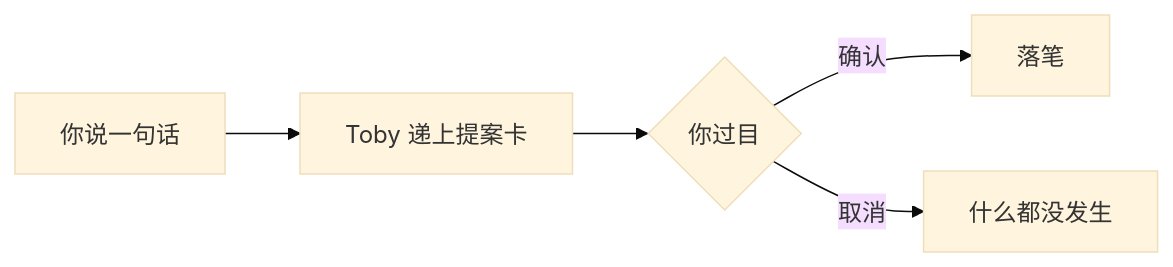
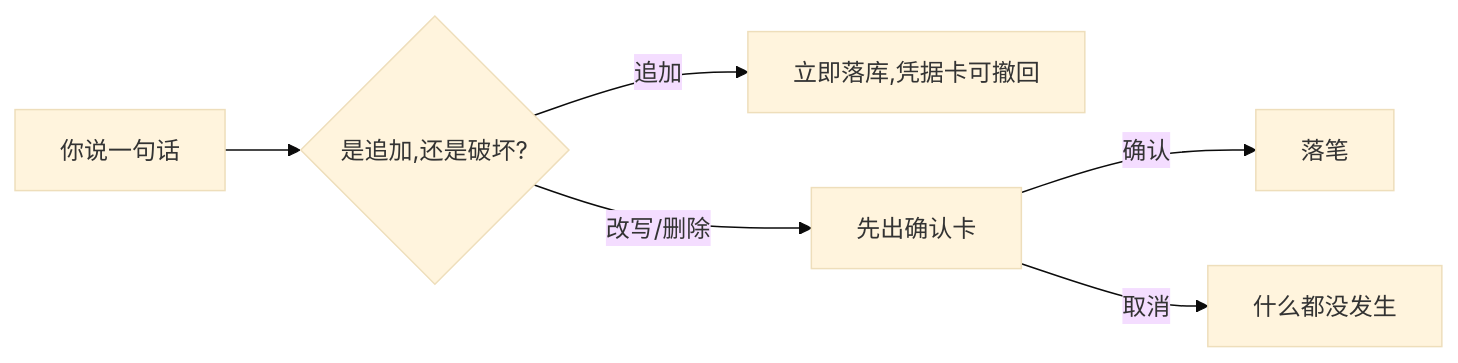
The diagram in docs/product-overview.zh.md (dengyusys/toby), drawn with Mermaid (base theme) before and after one commit. The commit also changed other lines of this file and 21 other files, not shown here.

````diff
--- a/docs/product-overview.zh.md
+++ b/docs/product-overview.zh.md
@@ -21,7 +21,8 @@
 ```mermaid
 flowchart LR
-    A["你说一句话"] --> B["Toby 递上提案卡"]
-    B --> C{"你过目"}
-    C -->|确认| D["落笔"]
-    C -->|取消| E["什么都没发生"]
+    A["你说一句话"] --> B{"是追加,还是破坏?"}
+    B -->|追加| C["立即落库,凭据卡可撤回"]
+    B -->|改写/删除| D["先出确认卡"]
+    D -->|确认| E["落笔"]
+    D -->|取消| F["什么都没发生"]
 ```
````
